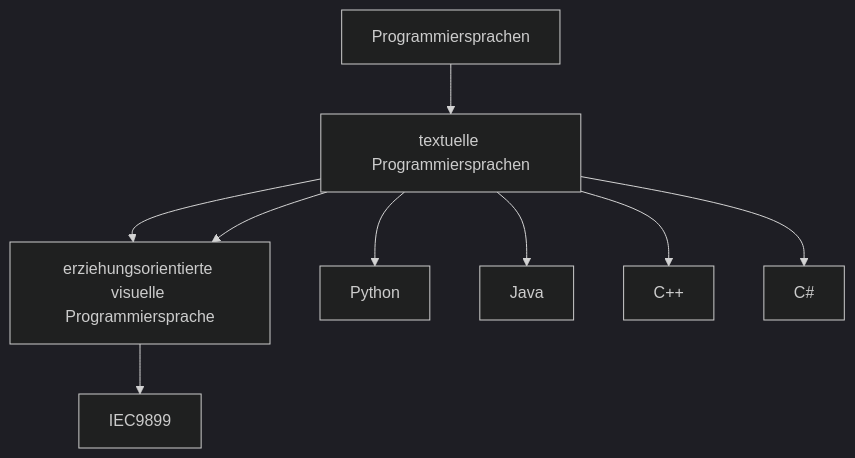
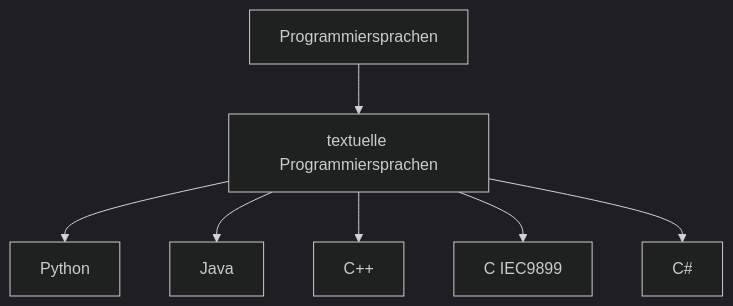
Before and after one commit to Meisterschulen-am-Ostbahnhof-Munchen/visual-programming-languages-docs: the diagram in docs/Diagramm2.mmd, drawn with Mermaid (dark theme).

```diff
--- a/docs/Diagramm2.mmd
+++ b/docs/Diagramm2.mmd
@@ -1,7 +1,7 @@
 flowchart TB
-A["Programmiersprachen"] --> B["textuelle Programmiersprachen"] --> C["erziehungsorientierte visuelle Programmiersprache"]
+A["Programmiersprachen"] --> B["textuelle Programmiersprachen"]
 B --> Python
 B --> Java
 B --> C++
-B --> C -->IEC9899
+B --> X["C IEC9899"]
 B --> C#
```
